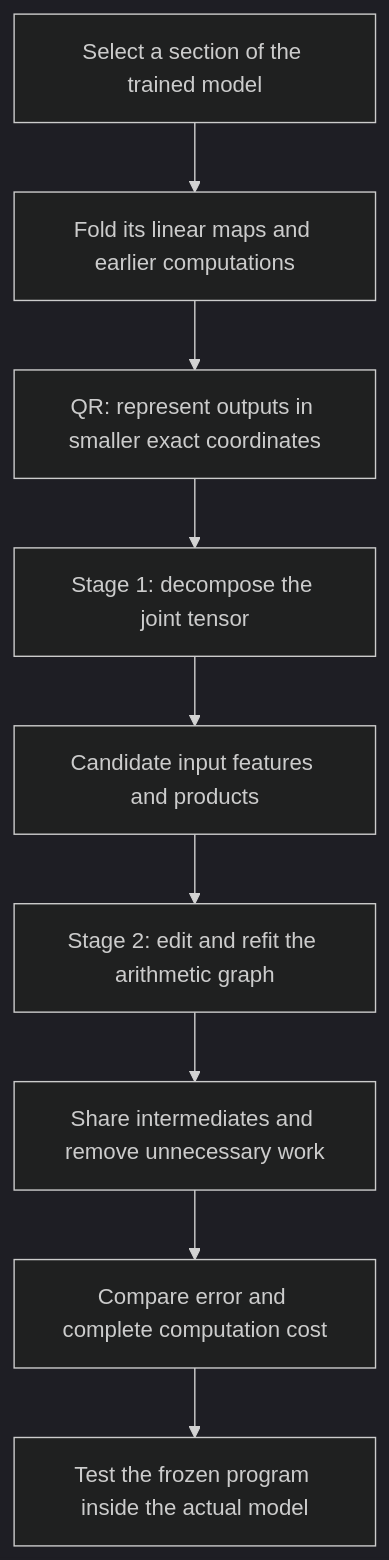
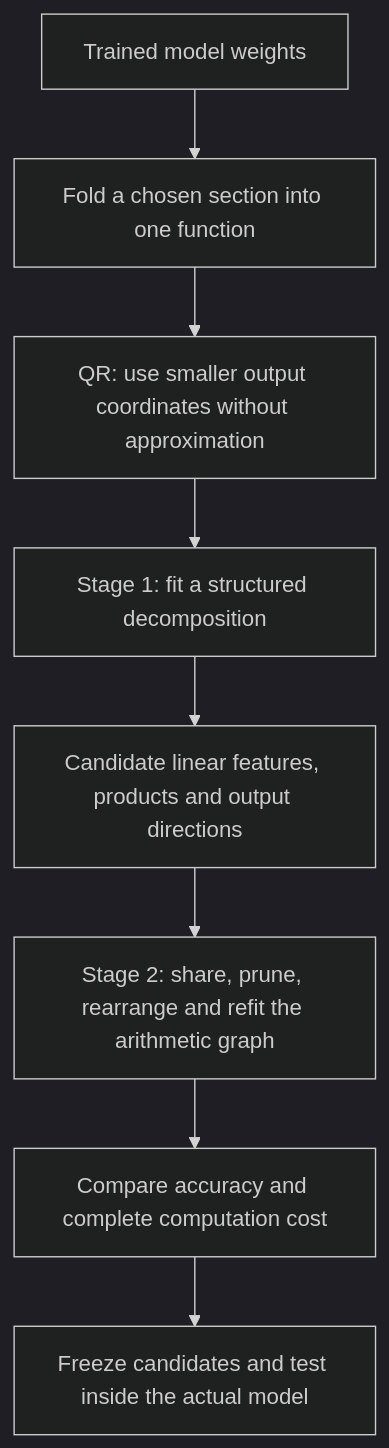
Before and after one commit to loganriggs/tensor_language: the first of 2 diagrams in basis_aligned/polynomial_causal/explanations/for_logan/research_update_2026-09-21_0104_full_coverage_and_shared_baselines.md, drawn with Mermaid (dark theme). The commit also changed other lines of this file and 30 other files, not shown here.

````diff
--- a/basis_aligned/polynomial_causal/explanations/for_logan/research_update_2026-09-21_0104_full_coverage_and_shared_baselines.md
+++ b/basis_aligned/polynomial_causal/explanations/for_logan/research_update_2026-09-21_0104_full_coverage_and_shared_baselines.md
@@ -13,11 +11,10 @@
 ```mermaid
 flowchart TD
-    A[Select a section of the trained model] --> B[Fold its linear maps and earlier computations]
-    B --> C[QR: represent outputs in smaller exact coordinates]
-    C --> D[Stage 1: decompose the joint tensor]
-    D --> E[Candidate input features and products]
-    E --> F[Stage 2: edit and refit the arithmetic graph]
-    F --> G[Share intermediates and remove unnecessary work]
-    G --> H[Compare error and complete computation cost]
-    H --> I[Test the frozen program inside the actual model]
+    A[Trained model weights] --> B[Fold a chosen section into one function]
+    B --> C[QR: use smaller output coordinates without approximation]
+    C --> D[Stage 1: fit a structured decomposition]
+    D --> E[Candidate linear features, products and output directions]
+    E --> F[Stage 2: share, prune, rearrange and refit the arithmetic graph]
+    F --> G[Compare accuracy and complete computation cost]
+    G --> H[Freeze candidates and test inside the actual model]
 ```
````
